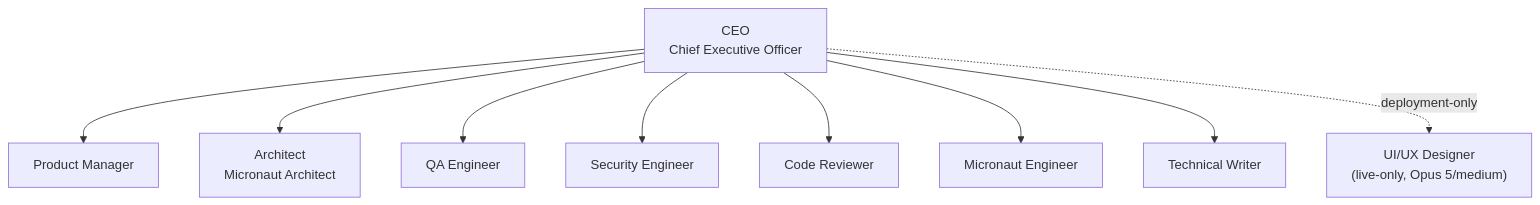
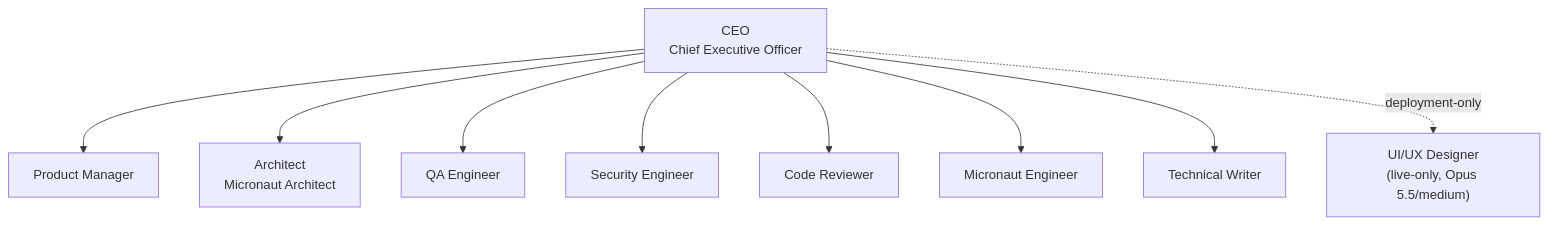
One commit to alvarosanchez/micronaut-agent-company changed the second of 2 diagrams in README.md. Above: the diagram before and after it, drawn with Mermaid. The commit also changed other lines of this file and 17 other files, not shown here.

````diff
--- a/README.md
+++ b/README.md
@@ -406,21 +408,21 @@
 ```mermaid
 flowchart TD
     CEO["CEO<br/>Chief Executive Officer"]
     PM["Product Manager"]
     Architect["Architect<br/>Micronaut Architect"]
     QA["QA Engineer"]
     Security["Security Engineer"]
     Reviewer["Code Reviewer"]
     Engineer["Micronaut Engineer"]
     Writer["Technical Writer"]
-    UIUX["UI/UX Designer<br/>(live-only, Opus 5/medium)"]
+    UIUX["UI/UX Designer<br/>(live-only, Opus 5.5/medium)"]
 
     CEO --> PM
     CEO --> Architect
     CEO --> QA
     CEO --> Security
     CEO --> Reviewer
     CEO --> Engineer
     CEO --> Writer
     CEO -. deployment-only .-> UIUX
 ```
````
